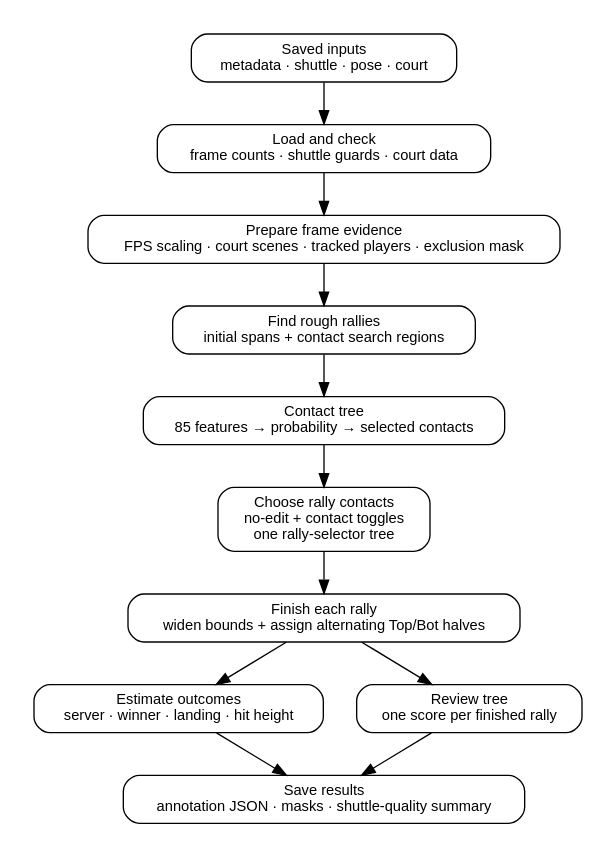
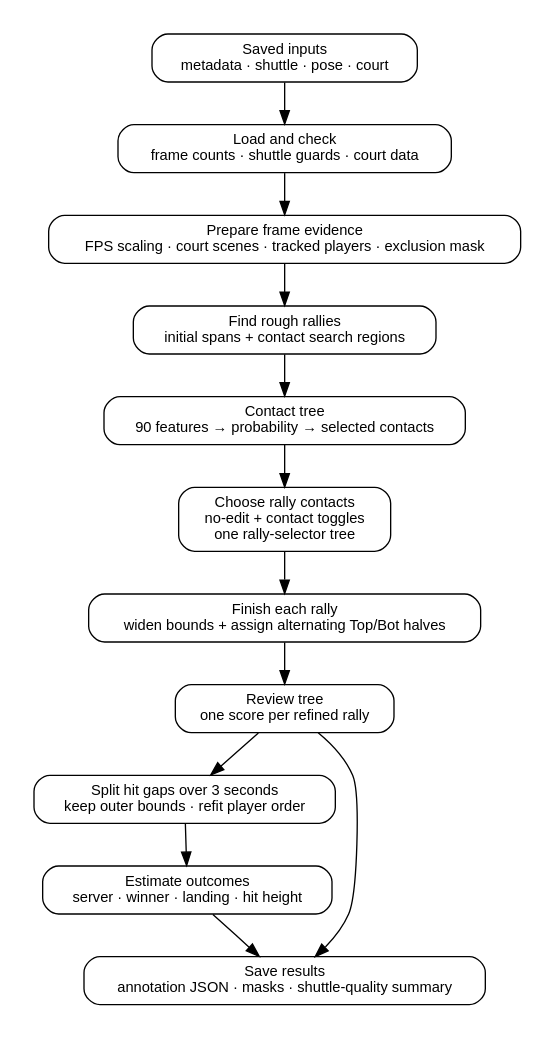
One commit to ahalp90/badminton_cv_annotator changed the diagram in docs/annotator/figures/architecture.dot. Above: the diagram before and after it, drawn with Graphviz. The commit also changed 60 other files, not shown here.

First line of the commit message:
Use standing counts and long hit gaps to separate rallies

```diff
--- a/docs/annotator/figures/architecture.dot
+++ b/docs/annotator/figures/architecture.dot
@@ -1,19 +1,20 @@
 digraph annotator {
   graph [rankdir=TB, pad="0.25", nodesep="0.35", ranksep="0.45", bgcolor="white"];
   node [shape=box, style="rounded", fontname="Helvetica", fontsize=11, margin="0.12,0.08"];
   edge [fontname="Helvetica", fontsize=9];
 
   inputs [label="Saved inputs\nmetadata · shuttle · pose · court"];
   validate [label="Load and check\nframe counts · shuttle guards · court data"];
   prep [label="Prepare frame evidence\nFPS scaling · court scenes · tracked players · exclusion mask"];
   rough [label="Find rough rallies\ninitial spans + contact search regions"];
-  contact [label="Contact tree\n85 features → probability → selected contacts"];
+  contact [label="Contact tree\n90 features → probability → selected contacts"];
   seq [label="Choose rally contacts\nno-edit + contact toggles\none rally-selector tree"];
   finish [label="Finish each rally\nwiden bounds + assign alternating Top/Bot halves"];
   outcomes [label="Estimate outcomes\nserver · winner · landing · hit height"];
-  confidence [label="Review tree\none score per finished rally"];
+  confidence [label="Review tree\none score per refined rally"];
+  split [label="Split hit gaps over 3 seconds\nkeep outer bounds · refit player order"];
   persist [label="Save results\nannotation JSON · masks · shuttle-quality summary"];
 
-  inputs -> validate -> prep -> rough -> contact -> seq -> finish -> outcomes -> persist;
-  finish -> confidence -> persist;
+  inputs -> validate -> prep -> rough -> contact -> seq -> finish -> confidence -> split -> outcomes -> persist;
+  confidence -> persist;
 }
```
